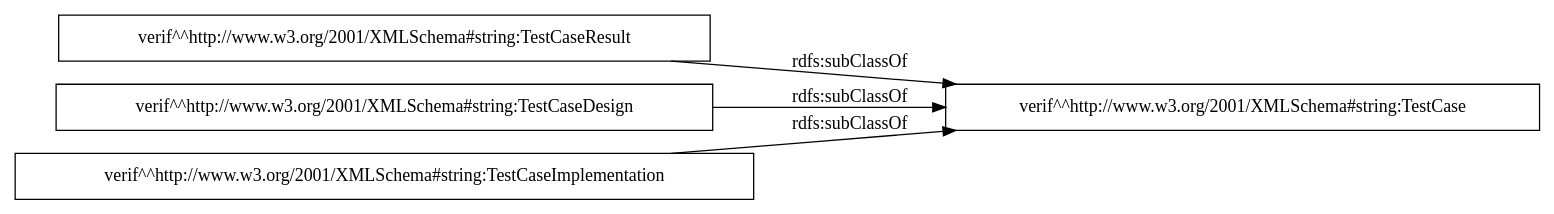
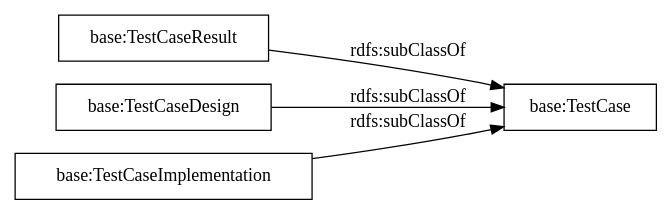
The diagram in OnToology/ontology/verification-test-description.ttl/diagrams/ar2dtool-taxonomy/verification-test-description.ttl.png.dot (albaizq/test-verification-ontology), drawn with Graphviz before and after one commit. The commit also changed 14 other files, not shown here.

```diff
--- a/OnToology/ontology/verification-test-description.ttl/diagrams/ar2dtool-taxonomy/verification-test-description.ttl.png.dot
+++ b/OnToology/ontology/verification-test-description.ttl/diagrams/ar2dtool-taxonomy/verification-test-description.ttl.png.dot
@@ -1,9 +1,9 @@
 digraph ar2dtool_diagram { 
 rankdir=LR;
 size="1000"
-node [shape = rectangle, color="black"]; "verif^^http://www.w3.org/2001/XMLSchema#string:TestCaseResult" "verif^^http://www.w3.org/2001/XMLSchema#string:TestCaseDesign" "verif^^http://www.w3.org/2001/XMLSchema#string:TestCase" "verif^^http://www.w3.org/2001/XMLSchema#string:TestCaseImplementation" ; /*classes style*/
-	"verif^^http://www.w3.org/2001/XMLSchema#string:TestCaseDesign" -> "verif^^http://www.w3.org/2001/XMLSchema#string:TestCase" [ label = "rdfs:subClassOf" ];
-	"verif^^http://www.w3.org/2001/XMLSchema#string:TestCaseResult" -> "verif^^http://www.w3.org/2001/XMLSchema#string:TestCase" [ label = "rdfs:subClassOf" ];
-	"verif^^http://www.w3.org/2001/XMLSchema#string:TestCaseImplementation" -> "verif^^http://www.w3.org/2001/XMLSchema#string:TestCase" [ label = "rdfs:subClassOf" ];
+node [shape = rectangle, color="black"]; "base:TestCaseResult" "base:TestCaseDesign" "base:TestCaseImplementation" "base:TestCase" ; /*classes style*/
+	"base:TestCaseDesign" -> "base:TestCase" [ label = "rdfs:subClassOf" ];
+	"base:TestCaseImplementation" -> "base:TestCase" [ label = "rdfs:subClassOf" ];
+	"base:TestCaseResult" -> "base:TestCase" [ label = "rdfs:subClassOf" ];
 
 }
```
